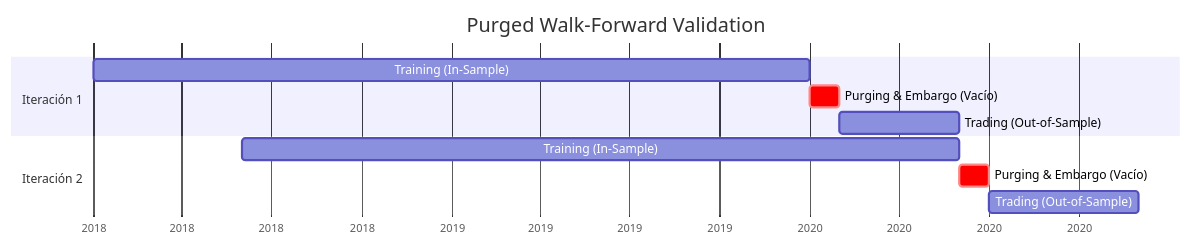
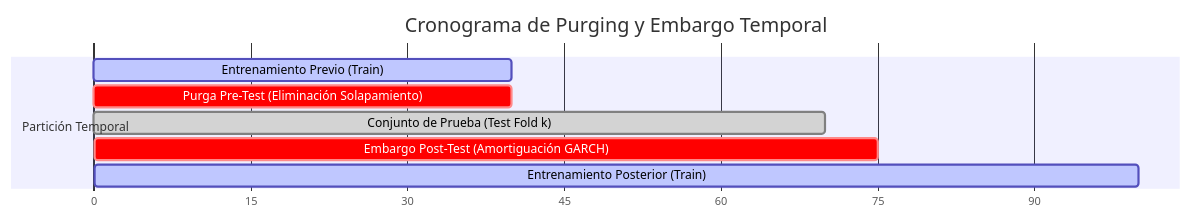
The fourth of 4 diagrams in docs/METHODOLOGY.md (manuel-amado/hma-metalabeling-core), drawn with Mermaid before and after one commit. The commit also changed other lines of this file and 53 other files, not shown here.

````diff
--- a/docs/METHODOLOGY.md
+++ b/docs/METHODOLOGY.md
@@ -48,14 +257,12 @@
 ```mermaid
 gantt
-    title Purged Walk-Forward Validation
-    dateFormat YYYY-MM
-    axisFormat %Y
-    section Iteración 1
-    Training (In-Sample) :a1, 2018-01, 2020-01
-    Purging & Embargo (Vacío) :crit, a2, after a1, 30d
-    Trading (Out-of-Sample) :a3, after a2, 2020-06
-    section Iteración 2
-    Training (In-Sample) :b1, 2018-06, 2020-06
-    Purging & Embargo (Vacío) :crit, b2, after b1, 30d
-    Trading (Out-of-Sample) :b3, after b2, 2020-12
+    title Cronograma de Purging y Embargo Temporal
+    dateFormat X
+    axisFormat %s
+    section Partición Temporal
+    Entrenamiento Previo (Train) :active, tr1, 0, 40
+    Purga Pre-Test (Eliminación Solapamiento) :crit, p1, 38, 40
+    Conjunto de Prueba (Test Fold k) :done, ts1, 40, 70
+    Embargo Post-Test (Amortiguación GARCH) :crit, em1, 70, 75
+    Entrenamiento Posterior (Train) :active, tr2, 75, 100
 ```
````
